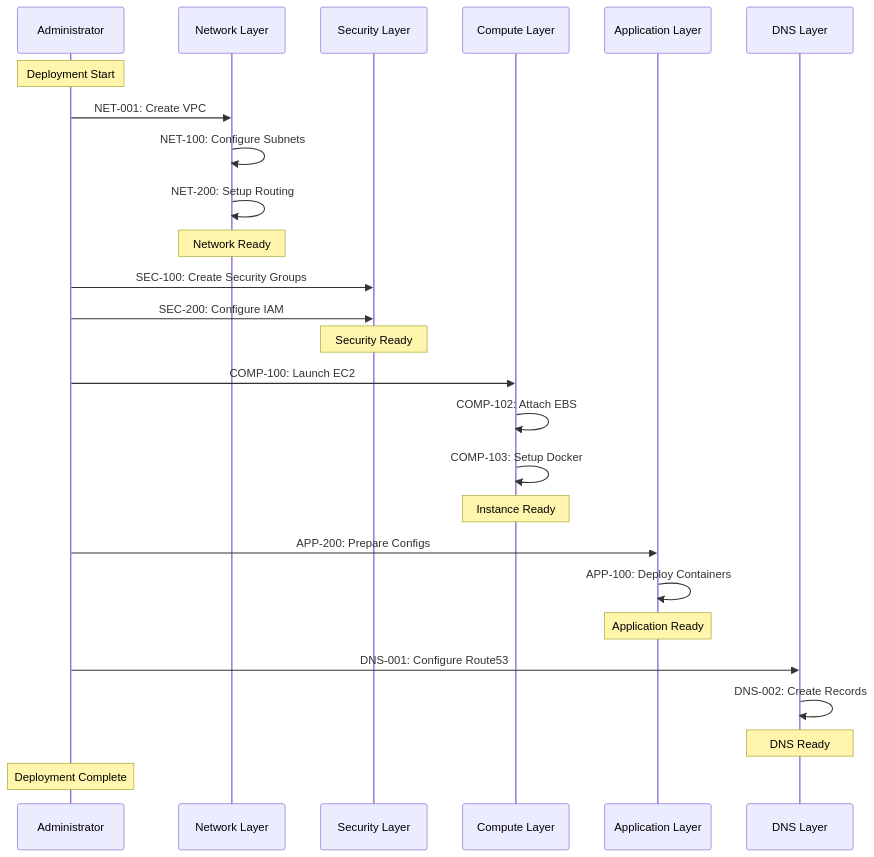
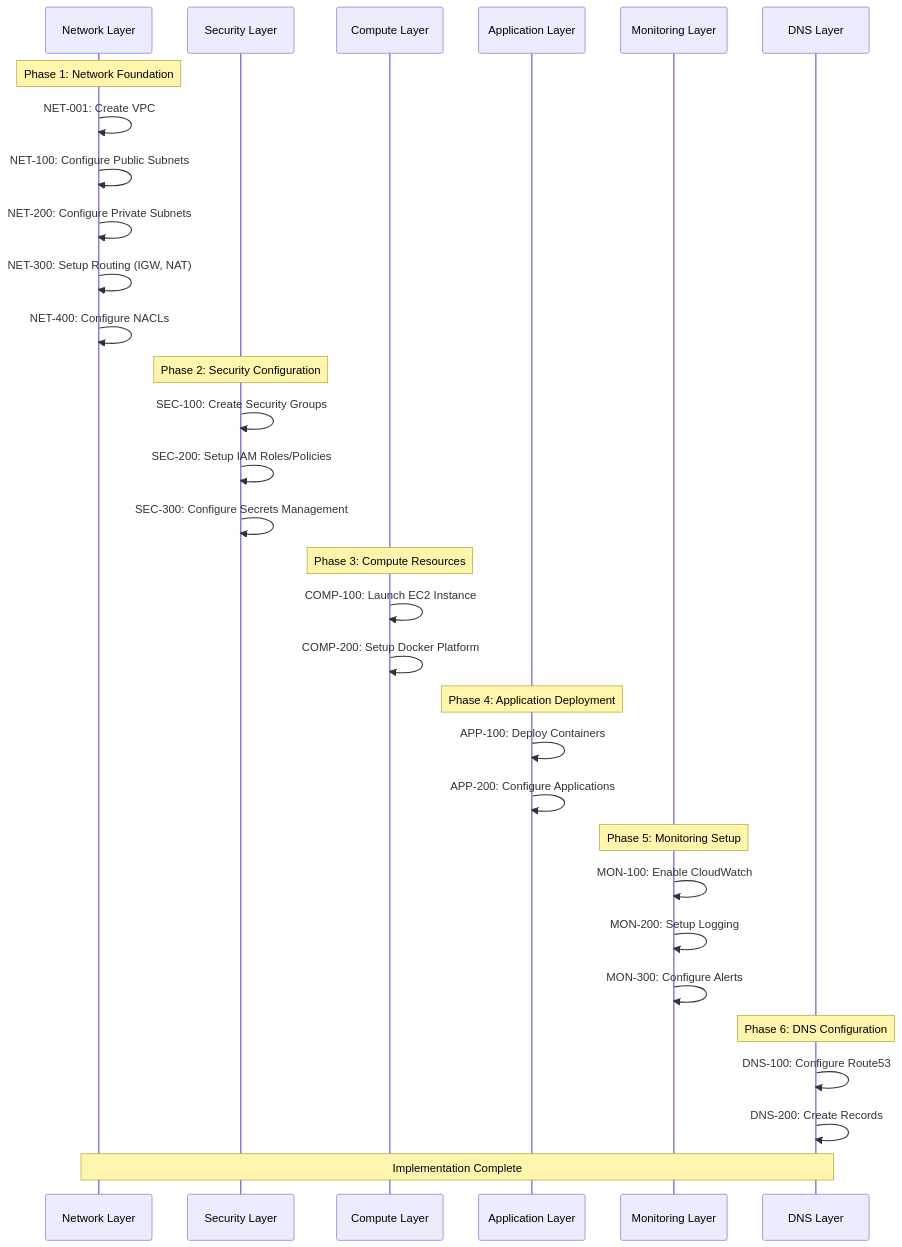
One commit to OlhaiHub/twentyapptemplate changed the second of 2 diagrams in docs/architecture/README.md. Above: the diagram before and after it, drawn with Mermaid. The commit also changed other lines of this file, not shown here.

````diff
--- a/docs/architecture/README.md
+++ b/docs/architecture/README.md
@@ -92,40 +128,40 @@
 ```mermaid
 sequenceDiagram
-    participant ADM as Administrator
     participant NET as Network Layer
     participant SEC as Security Layer
     participant COMP as Compute Layer
     participant APP as Application Layer
+    participant MON as Monitoring Layer
     participant DNS as DNS Layer
 
-    Note over ADM: Deployment Start
+    Note over NET: Phase 1: Network Foundation
+    NET->>NET: NET-001: Create VPC
+    NET->>NET: NET-100: Configure Public Subnets
+    NET->>NET: NET-200: Configure Private Subnets
+    NET->>NET: NET-300: Setup Routing (IGW, NAT)
+    NET->>NET: NET-400: Configure NACLs
+
+    Note over SEC: Phase 2: Security Configuration
+    SEC->>SEC: SEC-100: Create Security Groups
+    SEC->>SEC: SEC-200: Setup IAM Roles/Policies
+    SEC->>SEC: SEC-300: Configure Secrets Management
+
+    Note over COMP: Phase 3: Compute Resources
+    COMP->>COMP: COMP-100: Launch EC2 Instance
+    COMP->>COMP: COMP-200: Setup Docker Platform
     
-    %% Network Configuration
-    ADM->>NET: NET-001: Create VPC
-    NET->>NET: NET-100: Configure Subnets
-    NET->>NET: NET-200: Setup Routing
-    Note over NET: Network Ready
+    Note over APP: Phase 4: Application Deployment
+    APP->>APP: APP-100: Deploy Containers
+    APP->>APP: APP-200: Configure Applications
+    
+    Note over MON: Phase 5: Monitoring Setup
+    MON->>MON: MON-100: Enable CloudWatch
+    MON->>MON: MON-200: Setup Logging
+    MON->>MON: MON-300: Configure Alerts
+    
+    Note over DNS: Phase 6: DNS Configuration
+    DNS->>DNS: DNS-100: Configure Route53
+    DNS->>DNS: DNS-200: Create Records
 
-    %% Security Setup
-    ADM->>SEC: SEC-100: Create Security Groups
-    ADM->>SEC: SEC-200: Configure IAM
-    Note over SEC: Security Ready
-
-    %% Compute Provisioning
-    ADM->>COMP: COMP-100: Launch EC2
-    COMP->>COMP: COMP-102: Attach EBS
-    COMP->>COMP: COMP-103: Setup Docker
-    Note over COMP: Instance Ready
-
-    %% Application Deployment
-    ADM->>APP: APP-200: Prepare Configs
-    APP->>APP: APP-100: Deploy Containers
-    Note over APP: Application Ready
-
-    %% DNS Configuration
-    ADM->>DNS: DNS-001: Configure Route53
-    DNS->>DNS: DNS-002: Create Records
-    Note over DNS: DNS Ready
-
-    Note over ADM: Deployment Complete
+    Note over NET,DNS: Implementation Complete
 ```
````
